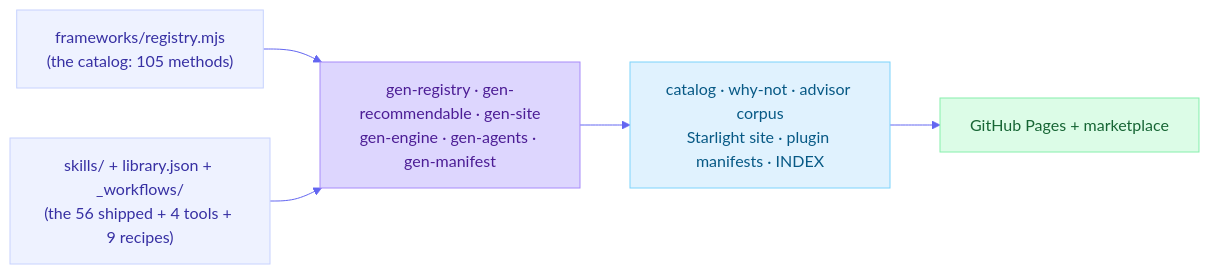
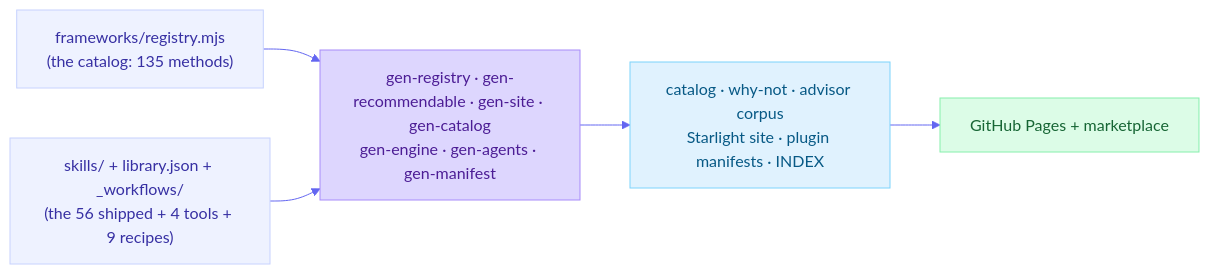
Before and after one commit to product-on-purpose/thinking-framework-skills: the diagram in docs/architecture.md, drawn with Mermaid. The commit also changed other lines of this file and 11 other files, not shown here.

````diff
--- a/docs/architecture.md
+++ b/docs/architecture.md
@@ -47,16 +48,16 @@
 ```mermaid
 %%{init: {'theme':'base','themeVariables':{'primaryColor':'#eef2ff','primaryBorderColor':'#c7d2fe','lineColor':'#6366f1'}}}%%
 graph LR
-  reg["frameworks/registry.mjs<br/>(the catalog: 105 methods)"]:::source
+  reg["frameworks/registry.mjs<br/>(the catalog: 135 methods)"]:::source
   skl["skills/ + library.json + _workflows/<br/>(the 56 shipped + 4 tools + 9 recipes)"]:::source
-  gen["gen-registry · gen-recommendable · gen-site<br/>gen-engine · gen-agents · gen-manifest"]:::build
+  gen["gen-registry · gen-recommendable · gen-site · gen-catalog<br/>gen-engine · gen-agents · gen-manifest"]:::build
   views["catalog · why-not · advisor corpus<br/>Starlight site · plugin manifests · INDEX"]:::site
   pages["GitHub Pages + marketplace"]:::deploy
   reg --> gen
   skl --> gen
   gen --> views --> pages
   classDef source fill:#eef2ff,stroke:#c7d2fe,color:#3730a3;
   classDef build fill:#ddd6fe,stroke:#a78bfa,color:#4c1d95;
   classDef site fill:#e0f2fe,stroke:#7dd3fc,color:#075985;
   classDef deploy fill:#dcfce7,stroke:#86efac,color:#166534;
 ```
````
